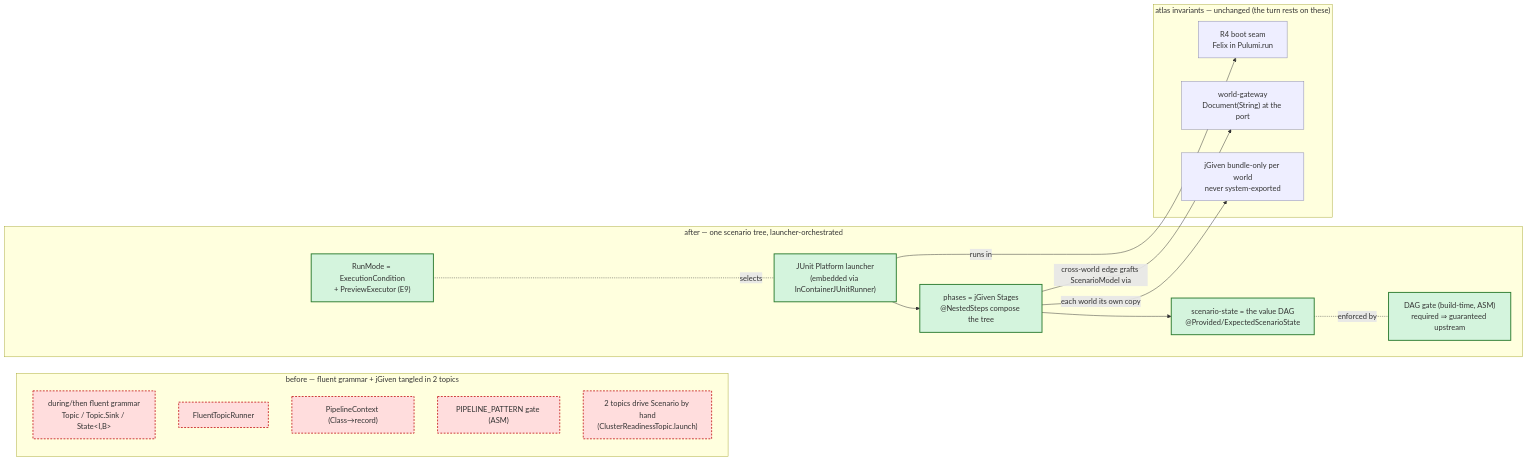
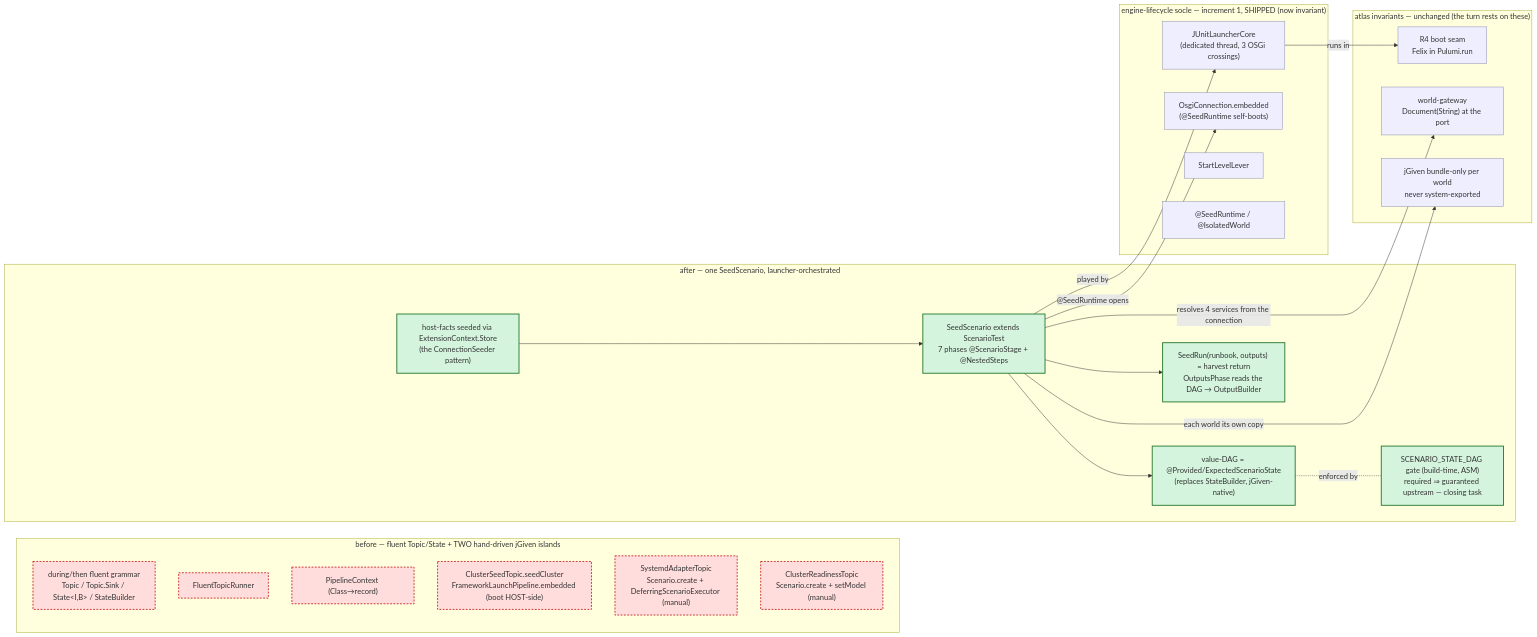
Before and after one commit to nxmatic/rke2lab: the third of 3 diagrams in docs/architecture/atlas/host-pipeline.adoc, drawn with Mermaid. The commit also changed other lines of this file and 3 other files, not shown here.

First line of the commit message:
docs(atlas,pipeline): align spec network on the shipped socle + fix boot drift

```diff
--- a/docs/architecture/atlas/host-pipeline.adoc
+++ b/docs/architecture/atlas/host-pipeline.adoc
@@ -215,34 +226,43 @@
 [mermaid]
 ....
 flowchart LR
-  subgraph B["before — fluent grammar + jGiven tangled in 2 topics"]
-    b_gram["during/then fluent grammar<br/>Topic / Topic.Sink / State&lt;I,B&gt;"]
+  subgraph B["before — fluent Topic/State + TWO hand-driven jGiven islands"]
+    b_gram["during/then fluent grammar<br/>Topic / Topic.Sink / State&lt;I,B&gt; / StateBuilder"]
     b_run["FluentTopicRunner"]
     b_ctx["PipelineContext (Class→record)"]
-    b_gate["PIPELINE_PATTERN gate (ASM)"]
-    b_tangle["2 topics drive Scenario by hand<br/>(ClusterReadinessTopic.launch)"]
+    b_boot["ClusterSeedTopic.seedCluster<br/>FrameworkLaunchPipeline.embedded (boot HOST-side)"]
+    b_isl1["SystemdAdapterTopic<br/>Scenario.create + DeferringScenarioExecutor (manual)"]
+    b_isl2["ClusterReadinessTopic<br/>Scenario.create + setModel (manual)"]
   end
-  subgraph A["after — one scenario tree, launcher-orchestrated"]
-    a_launch["JUnit Platform launcher<br/>(embedded via InContainerJUnitRunner)"]:::new
-    a_scn["phases = jGiven Stages<br/>@NestedSteps compose the tree"]:::new
-    a_state["scenario-state = the value DAG<br/>@Provided/ExpectedScenarioState"]:::new
-    a_dag["DAG gate (build-time, ASM)<br/>required ⇒ guaranteed upstream"]:::new
-    a_prev["RunMode = ExecutionCondition<br/>+ PreviewExecutor (E9)"]:::new
-    a_launch --> a_scn
+  subgraph A["after — one SeedScenario, launcher-orchestrated"]
+    a_scn["SeedScenario extends ScenarioTest<br/>7 phases @ScenarioStage + @NestedSteps"]:::new
+    a_state["value-DAG = @Provided/ExpectedScenarioState<br/>(replaces StateBuilder, jGiven-native)"]:::new
+    a_seed["host-facts seeded via ExtensionContext.Store<br/>(the ConnectionSeeder pattern)"]:::new
+    a_out["SeedRun(runbook, outputs) = harvest return<br/>OutputsPhase reads the DAG → OutputBuilder"]:::new
+    a_dag["SCENARIO_STATE_DAG gate (build-time, ASM)<br/>required ⇒ guaranteed upstream — closing task"]:::new
+    a_seed --> a_scn
     a_scn --> a_state
+    a_scn --> a_out
     a_state -.enforced by.- a_dag
-    a_prev -.selects.- a_launch
+  end
+  subgraph SOCLE["engine-lifecycle socle — increment 1, SHIPPED (now invariant)"]
+    s_launch["JUnitLauncherCore<br/>(dedicated thread, 3 OSGi crossings)"]:::inv
+    s_conn["OsgiConnection.embedded<br/>(@SeedRuntime self-boots)"]:::inv
+    s_lever["StartLevelLever"]:::inv
+    s_disc["@SeedRuntime / @IsolatedWorld"]:::inv
   end
   subgraph INV["atlas invariants — unchanged (the turn rests on these)"]
     i_r4["R4 boot seam<br/>Felix in Pulumi.run"]:::inv
     i_gw["world-gateway<br/>Document(String) at the port"]:::inv
     i_jg["jGiven bundle-only per world<br/>never system-exported"]:::inv
   end
-  a_launch -->|runs in| i_r4
-  a_scn -->|cross-world edge grafts ScenarioModel via| i_gw
+  a_scn -->|played by| s_launch
+  a_scn -->|"@SeedRuntime opens"| s_conn
+  s_launch -->|runs in| i_r4
+  a_scn -->|resolves 4 services from the connection| i_gw
   a_scn -->|each world its own copy| i_jg
   classDef new fill:#d4f4dd,stroke:#2e7d32,stroke-width:2px;
   classDef gone fill:#fdd,stroke:#c33,stroke-width:2px,stroke-dasharray:4 3;
   classDef inv fill:#eef,stroke:#88a,stroke-width:1px;
-  class b_gram,b_run,b_ctx,b_gate,b_tangle gone;
+  class b_gram,b_run,b_ctx,b_boot,b_isl1,b_isl2 gone;
 ....
```
